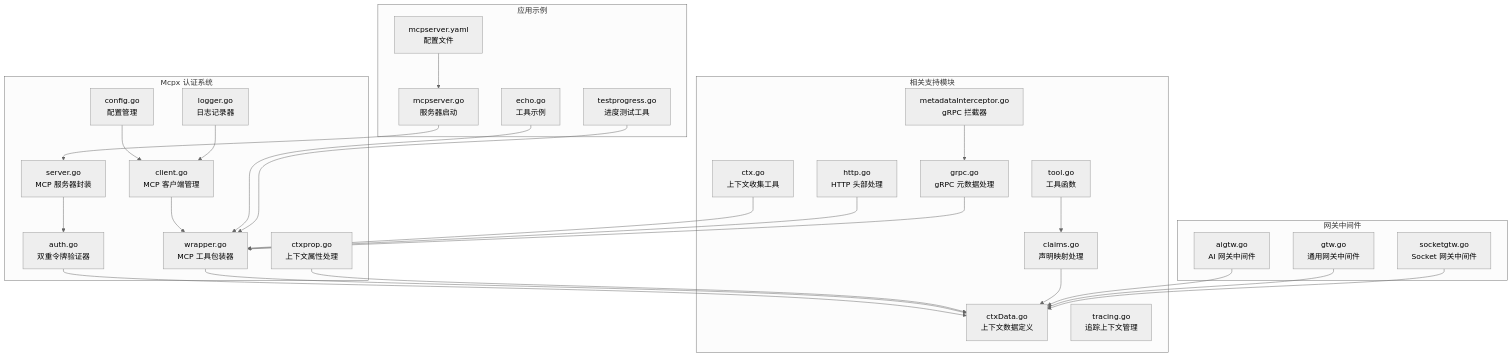
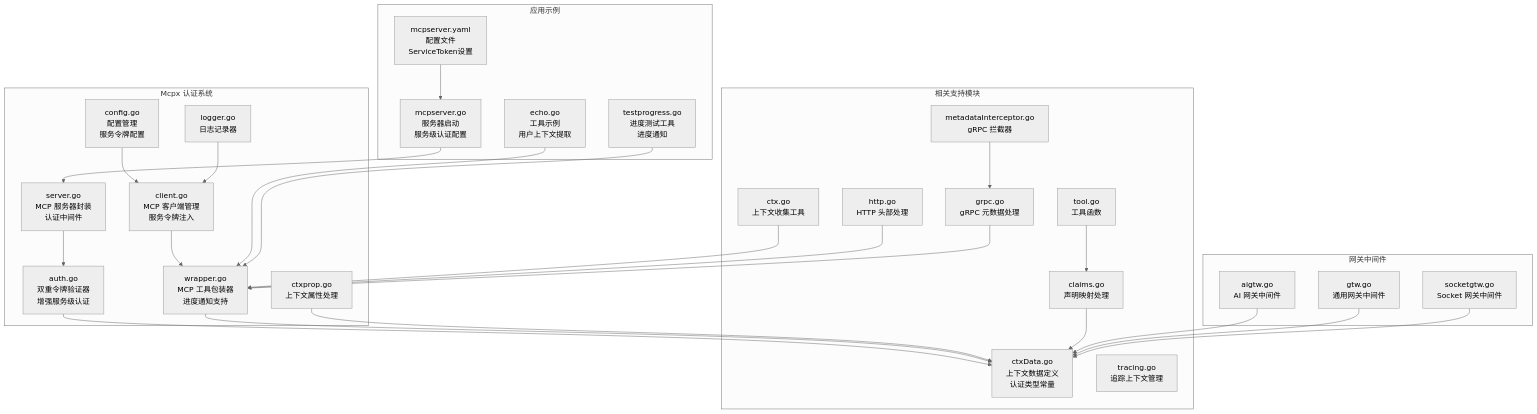
Before and after one commit to maomao94/zero-service: the first of 10 diagrams in .qoder/repowiki/zh/content/Mcpx Authentication System.md, drawn with Mermaid (neutral theme). The commit also changed other lines of this file and 58 other files, not shown here.

````diff
--- a/.qoder/repowiki/zh/content/Mcpx Authentication System.md
+++ b/.qoder/repowiki/zh/content/Mcpx Authentication System.md
@@ -77,53 +83,53 @@
 ```mermaid
 graph TB
 subgraph "Mcpx 认证系统"
-A[auth.go<br/>双重令牌验证器]
-B[client.go<br/>MCP 客户端管理]
-C[server.go<br/>MCP 服务器封装]
-D[config.go<br/>配置管理]
-E[wrapper.go<br/>MCP 工具包装器]
+A[auth.go<br/>双重令牌验证器<br/>增强服务级认证]
+B[client.go<br/>MCP 客户端管理<br/>服务令牌注入]
+C[server.go<br/>MCP 服务器封装<br/>认证中间件]
+D[config.go<br/>配置管理<br/>服务令牌配置]
+E[wrapper.go<br/>MCP 工具包装器<br/>进度通知支持]
 F[ctxprop.go<br/>上下文属性处理]
 G[logger.go<br/>日志记录器]
 end
 subgraph "相关支持模块"
-H[ctxData.go<br/>上下文数据定义]
+H[ctxData.go<br/>上下文数据定义<br/>认证类型常量]
 I[ctx.go<br/>上下文收集工具]
 J[claims.go<br/>声明映射处理]
 K[http.go<br/>HTTP 头部处理]
 L[grpc.go<br/>gRPC 元数据处理]
 M[tool.go<br/>工具函数]
 N[metadataInterceptor.go<br/>gRPC 拦截器]
 O[tracing.go<br/>追踪上下文管理]
 end
 subgraph "应用示例"
-P[mcpserver.go<br/>服务器启动]
-Q[mcpserver.yaml<br/>配置文件]
-R[echo.go<br/>工具示例]
-S[testprogress.go<br/>进度测试工具]
+P[mcpserver.go<br/>服务器启动<br/>服务级认证配置]
+Q[mcpserver.yaml<br/>配置文件<br/>ServiceToken设置]
+R[echo.go<br/>工具示例<br/>用户上下文提取]
+S[testprogress.go<br/>进度测试工具<br/>进度通知]
 end
 subgraph "网关中间件"
 T[aigtw.go<br/>AI 网关中间件]
 U[gtw.go<br/>通用网关中间件]
 V[socketgtw.go<br/>Socket 网关中间件]
 end
 A --> H
 B --> E
 C --> A
 D --> B
 E --> H
 F --> H
 G --> B
 P --> C
 Q --> P
 R --> E
 S --> E
 I --> E
 J --> H
 K --> E
 L --> E
 M --> J
 N --> L
 T --> H
 U --> H
 V --> H
 ```
````
